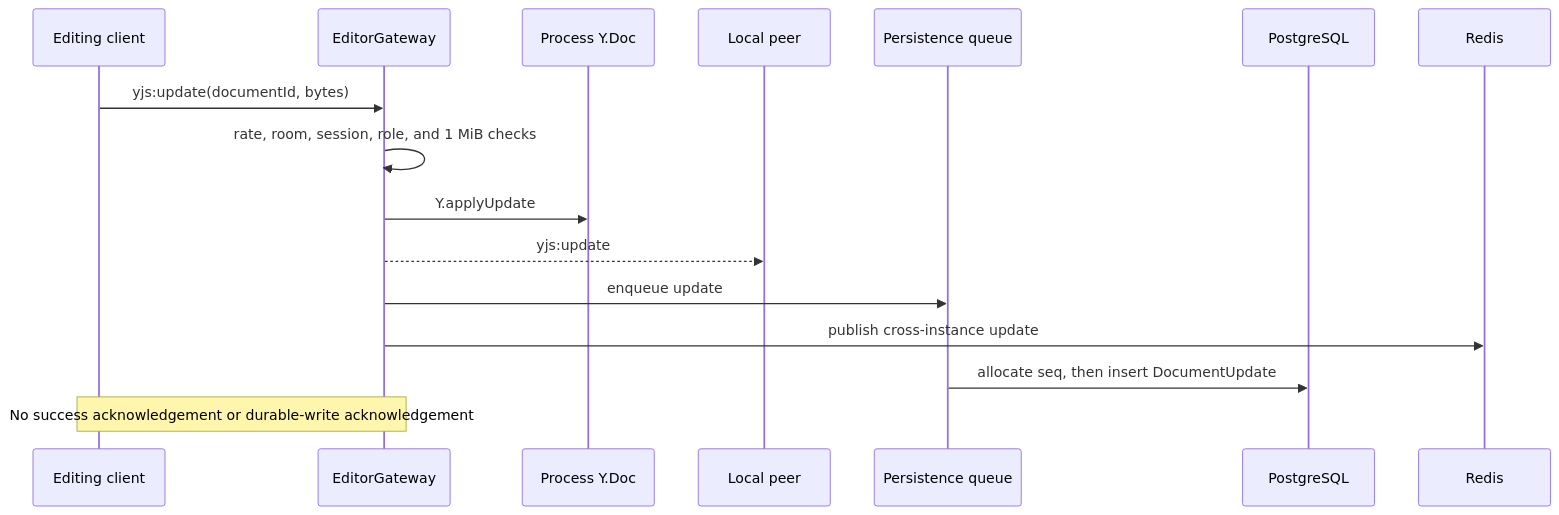
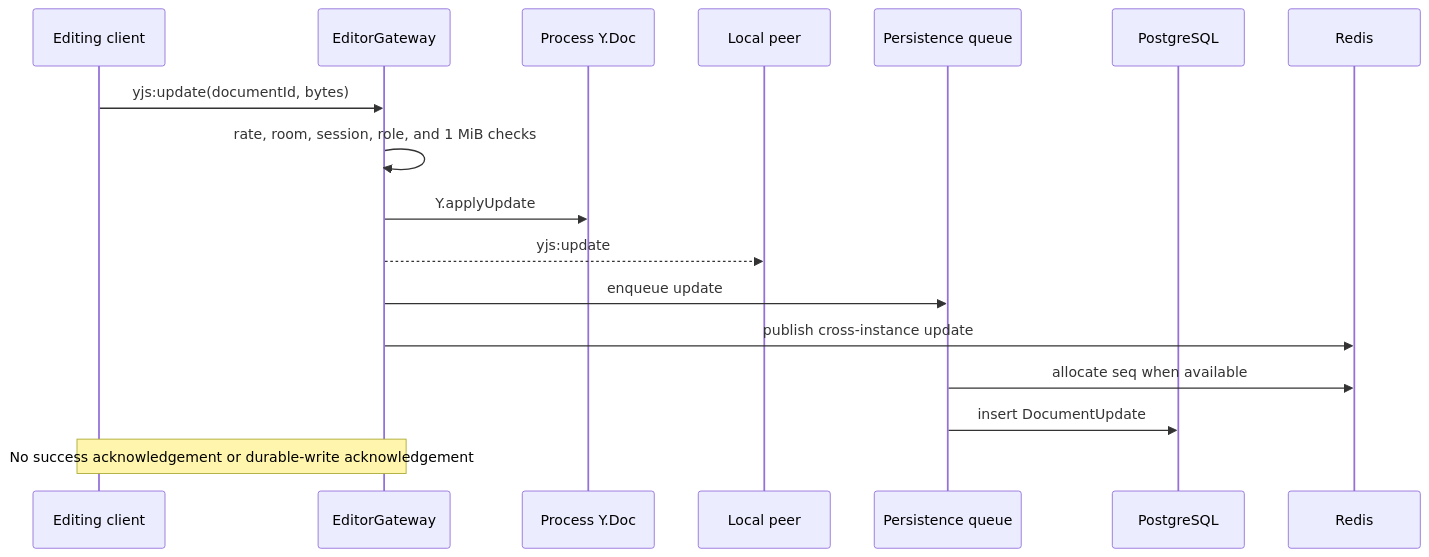
The sixth of 6 diagrams in docs/architecture.md (santinomarial/Meridian), drawn with Mermaid before and after one commit. The commit also changed other lines of this file, not shown here.

Commit message:
Document architecture and operational caveats

````diff
--- a/docs/architecture.md
+++ b/docs/architecture.md
@@ -593,19 +602,20 @@
 ```mermaid
 sequenceDiagram
     participant Sender as Editing client
     participant Gateway as EditorGateway
     participant Doc as Process Y.Doc
     participant Peer as Local peer
     participant Persist as Persistence queue
     participant Pg as PostgreSQL
     participant Redis as Redis
 
     Sender->>Gateway: yjs:update(documentId, bytes)
     Gateway->>Gateway: rate, room, session, role, and 1 MiB checks
     Gateway->>Doc: Y.applyUpdate
     Gateway-->>Peer: yjs:update
     Gateway->>Persist: enqueue update
     Gateway->>Redis: publish cross-instance update
-    Persist->>Pg: allocate seq, then insert DocumentUpdate
+    Persist->>Redis: allocate seq when available
+    Persist->>Pg: insert DocumentUpdate
     Note over Sender,Gateway: No success acknowledgement or durable-write acknowledgement
 ```
````
